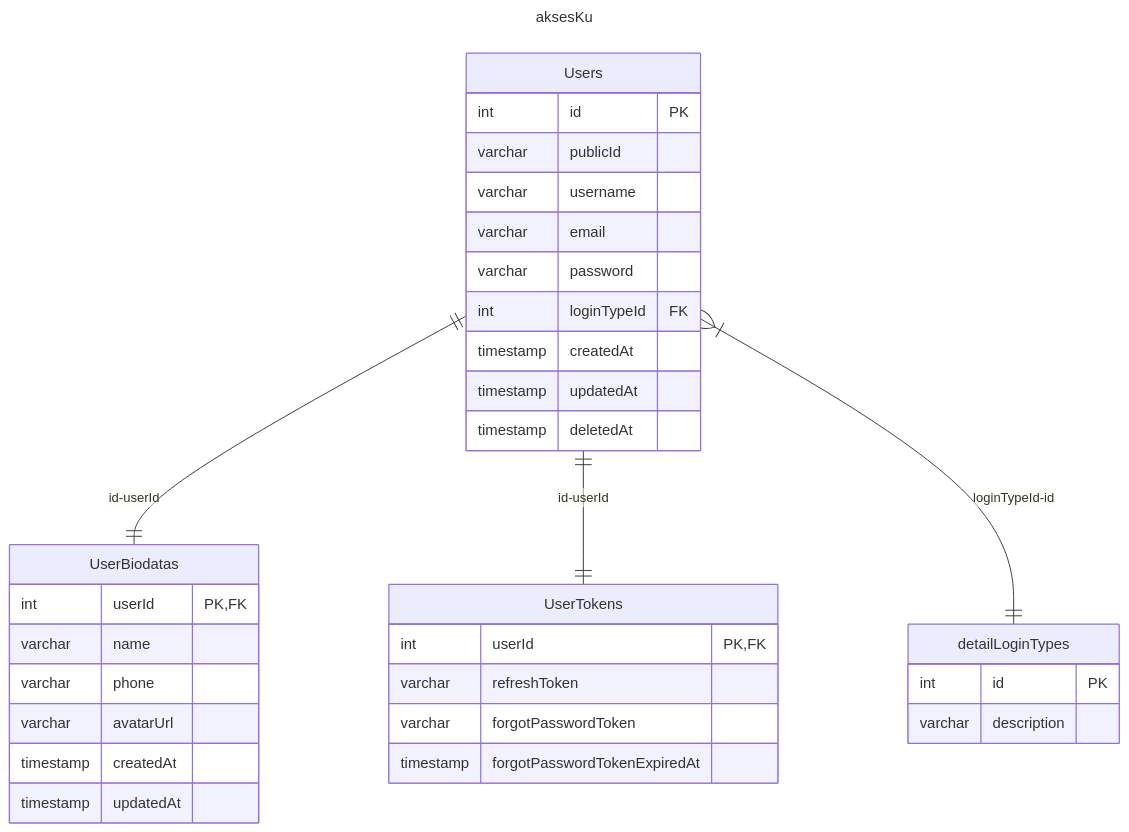
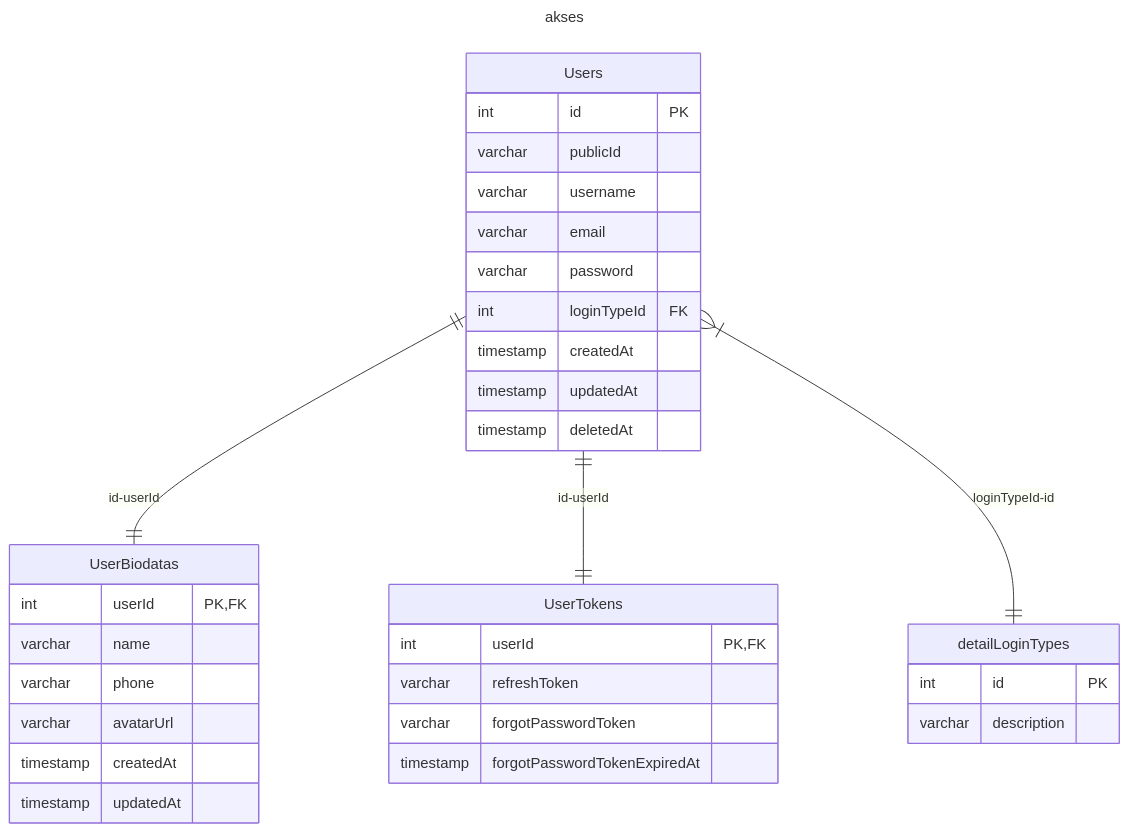
The diagram in readme.md (adikurniawanid/akses), drawn with Mermaid before and after one commit. The commit also changed 4 other files, not shown here.

````diff
--- a/readme.md
+++ b/readme.md
@@ -1,45 +1,45 @@
 ```mermaid
 ---
-title: aksesKu
+title: akses
 ---
 
 erDiagram
 Users {
 int id PK
 varchar publicId
 varchar username
 varchar email
 varchar password
 int loginTypeId FK
 timestamp createdAt
 timestamp updatedAt
 timestamp deletedAt
 }
 
     UserBiodatas {
         int userId PK,FK
         varchar name
         varchar phone
         varchar avatarUrl
         timestamp createdAt
         timestamp updatedAt
     }
 
     UserTokens {
         int userId PK,FK
         varchar refreshToken
         varchar forgotPasswordToken
         timestamp forgotPasswordTokenExpiredAt
     }
 
     detailLoginTypes {
         int id PK
         varchar description
     }
 
 
     Users ||--||  UserBiodatas : id-userId
     	Users ||--||  UserTokens : id-userId
     Users }|--||  detailLoginTypes : loginTypeId-id
 
 ```
````
